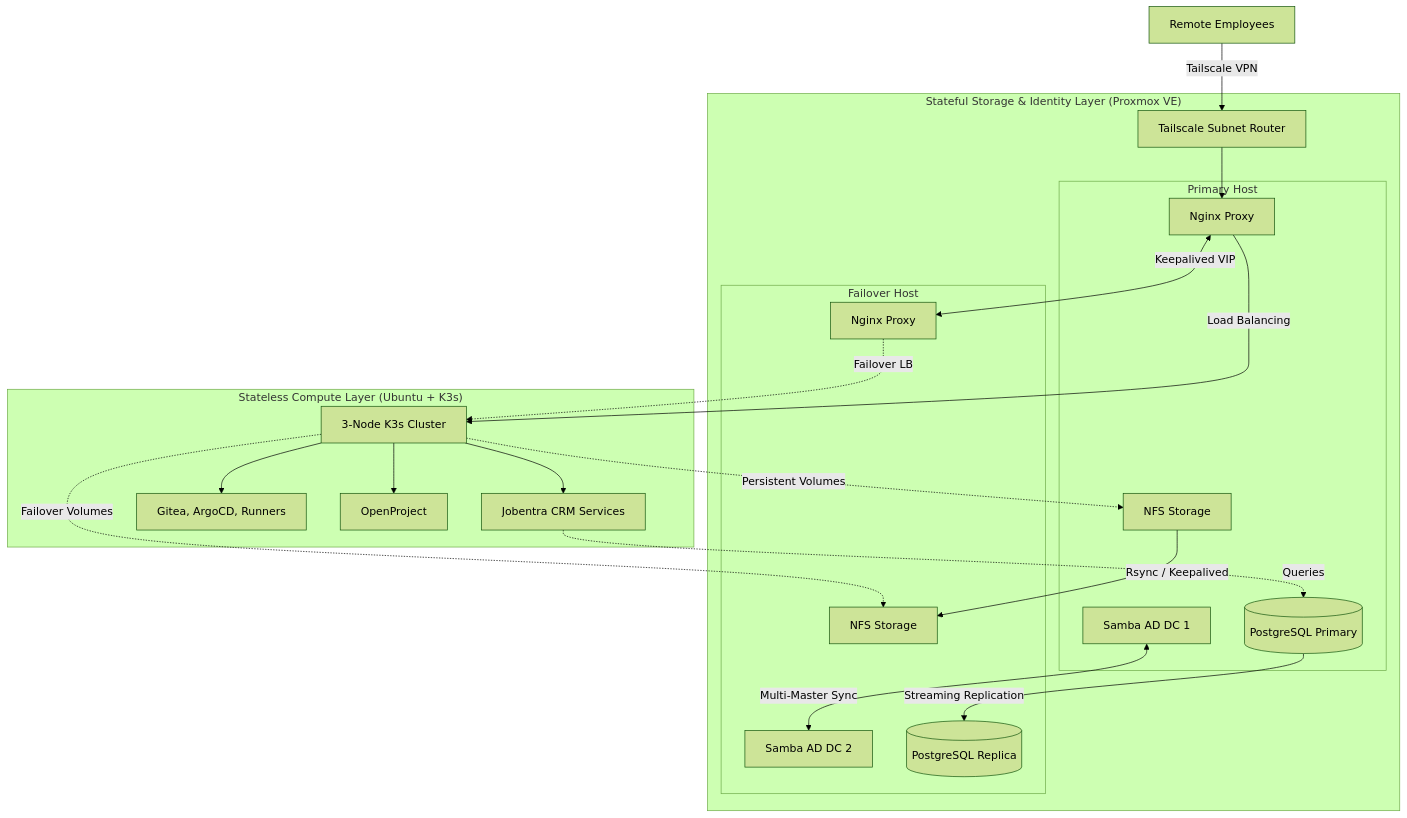
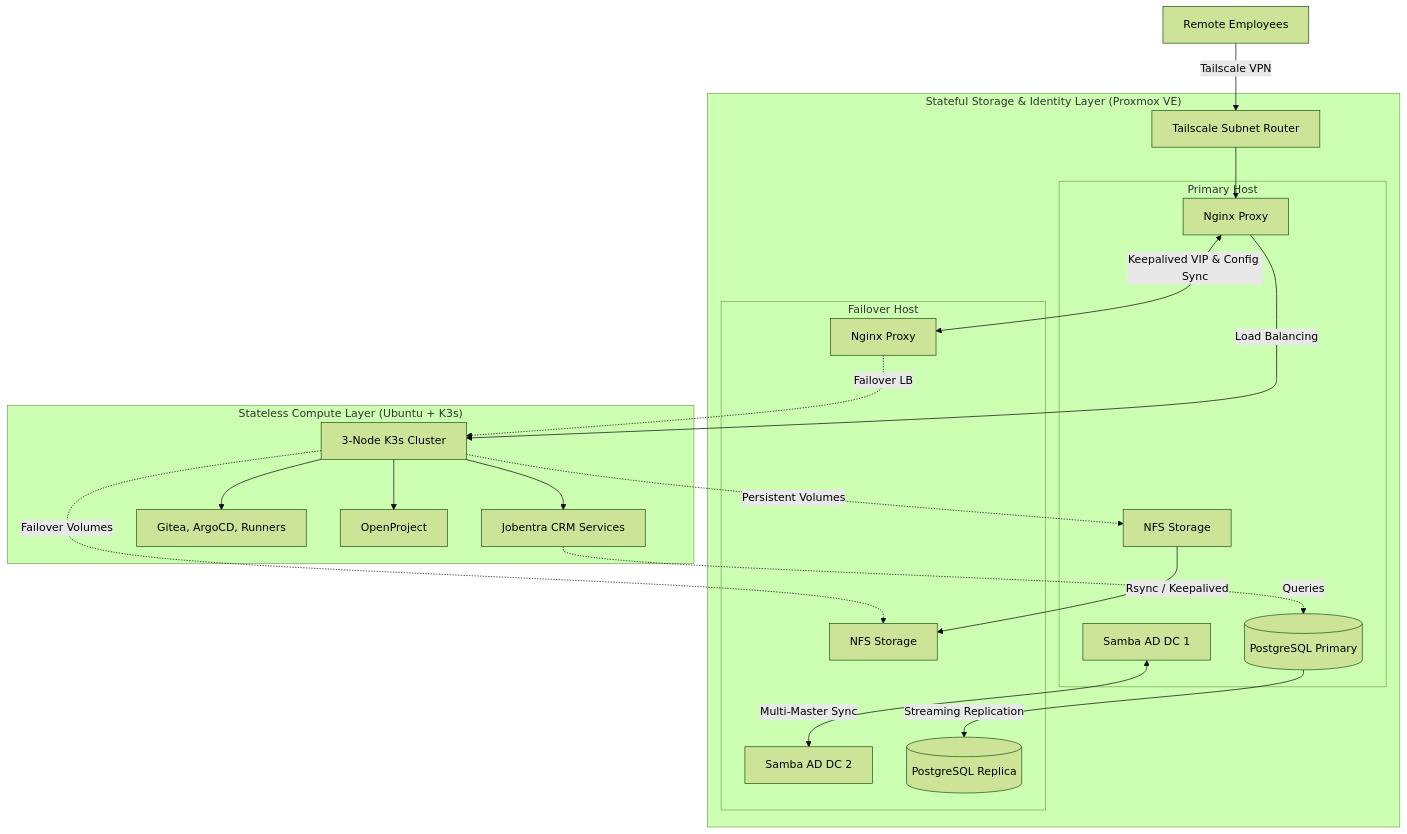
Before and after one commit to salihsayal/jobentra-infrastructure: the diagram in README.md, drawn with Mermaid (forest theme). The commit also changed other lines of this file, not shown here.

````diff
--- a/README.md
+++ b/README.md
@@ -9,47 +9,47 @@
 ```mermaid
 graph TD
     User[Remote Employees] -->|Tailscale VPN| TS[Tailscale Subnet Router]
     
     subgraph "Stateful Storage & Identity Layer (Proxmox VE)"
         TS --> Proxy1
         
         subgraph "Primary Host"
             Proxy1[Nginx Proxy]
             AD1[Samba AD DC 1]
             DB1[(PostgreSQL Primary)]
             NFS1[NFS Storage]
         end
         
         subgraph "Failover Host"
             Proxy2[Nginx Proxy]
             AD2[Samba AD DC 2]
             DB2[(PostgreSQL Replica)]
             NFS2[NFS Storage]
         end
         
         AD1 <-->|Multi-Master Sync| AD2
         DB1 -->|Streaming Replication| DB2
         NFS1 -->|Rsync / Keepalived| NFS2
-        Proxy1 <-->|Keepalived VIP| Proxy2
+        Proxy1 <-->|Keepalived VIP & Config Sync| Proxy2
     end
 
     subgraph "Stateless Compute Layer (Ubuntu + K3s)"
         K8s[3-Node K3s Cluster]
         CRM[Jobentra CRM Services]
         DevOps[Gitea, ArgoCD, Runners]
         Tools[OpenProject]
         
         K8s --> CRM
         K8s --> DevOps
         K8s --> Tools
     end
 
     Proxy1 -->|Load Balancing| K8s
     Proxy2 -.->|Failover LB| K8s
     
     K8s -. Persistent Volumes .-> NFS1
     K8s -. Failover Volumes .-> NFS2
     
     CRM -. Queries .-> DB1
 
 ```
````
